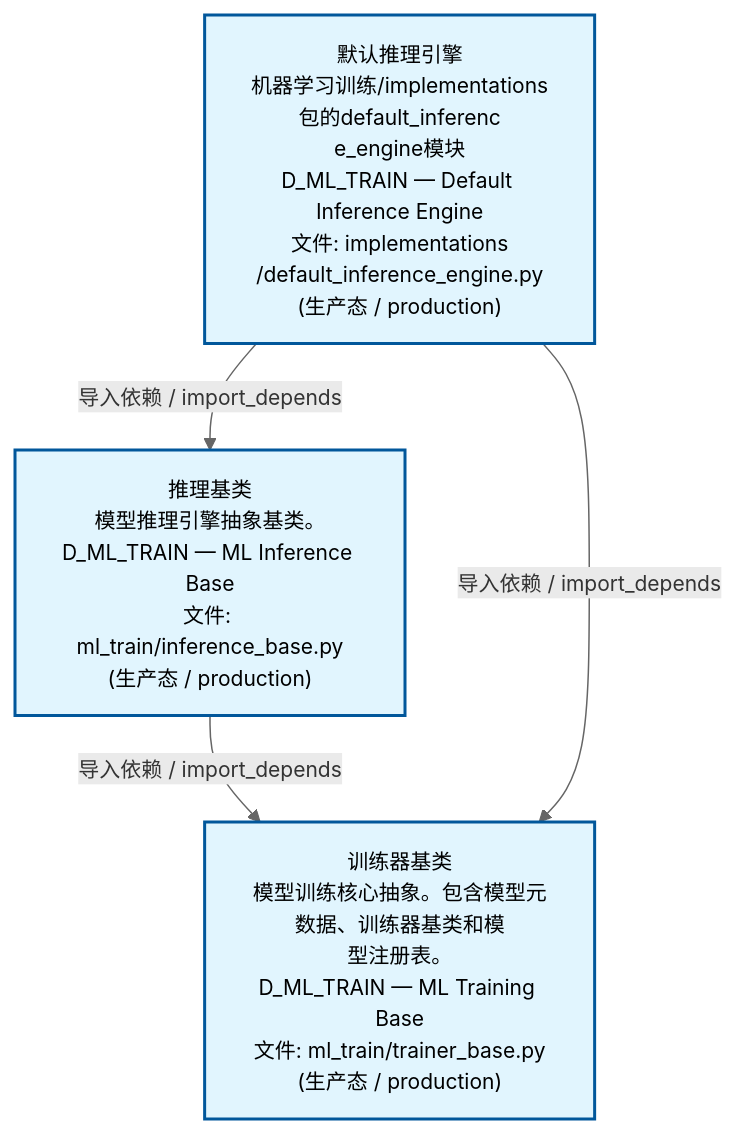
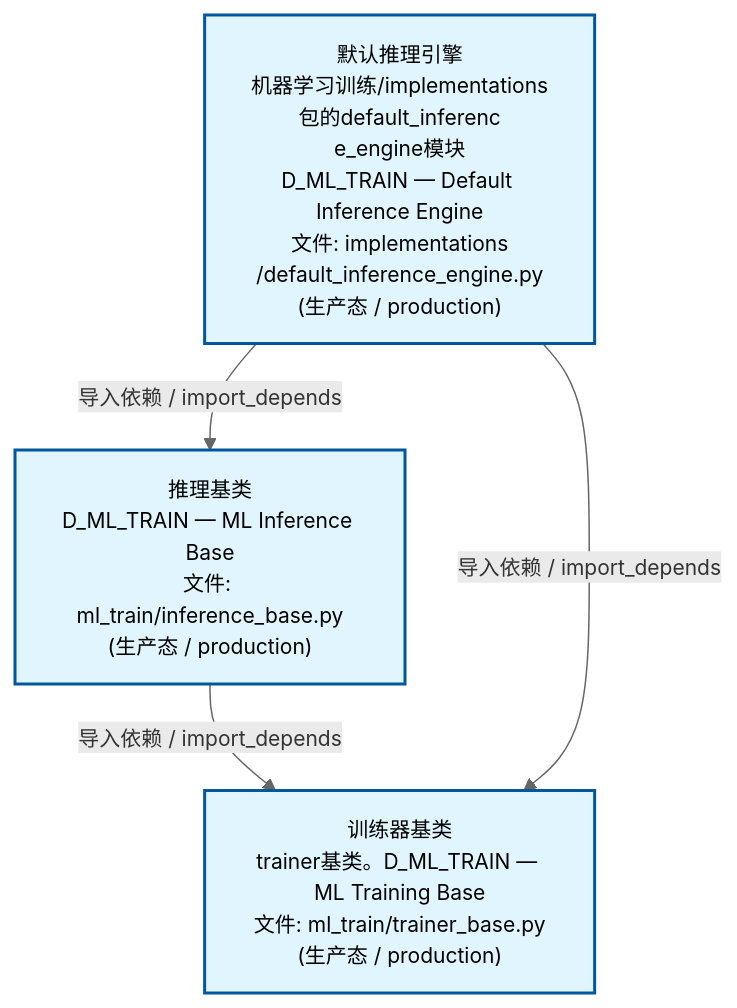
One commit to xuanFelixVan/ZephyrAlpha changed the second of 4 diagrams in docs/02_enterprise_architecture/02_domain_architecture_docs/61_d_ml_train.md. Above: the diagram before and after it, drawn with Mermaid. The commit also changed other lines of this file and 45 other files, not shown here.

````diff
--- a/docs/02_enterprise_architecture/02_domain_architecture_docs/61_d_ml_train.md
+++ b/docs/02_enterprise_architecture/02_domain_architecture_docs/61_d_ml_train.md
@@ -99,15 +99,15 @@
 ```mermaid
 %%{init: {'theme': 'base', 'themeVariables': {'primaryColor': '#eaeaea', 'primaryTextColor': '#333333', 'primaryBorderColor': '#666666', 'lineColor': '#666666', 'secondaryColor': '#eaeaea', 'tertiaryColor': '#eaeaea', 'fontSize': '14px'}}}%%
 flowchart TD
     src_zephyr_ml_train_implementations_default_inference_engine_py["默认推理引擎<br/>机器学习训练/implementations包的default_inferenc<br/>e_engine模块<br/>D_ML_TRAIN — Default Inference Engine<br/>文件: implementations<br/>/default_inference_engine.py<br/>(生产态 / production)"]
-    src_zephyr_ml_train_inference_base_py["推理基类<br/>模型推理引擎抽象基类。<br/>D_ML_TRAIN — ML Inference Base<br/>文件: ml_train/inference_base.py<br/>(生产态 / production)"]
-    src_zephyr_ml_train_trainer_base_py["训练器基类<br/>模型训练核心抽象。包含模型元数据、训练器基类和模<br/>型注册表。<br/>D_ML_TRAIN — ML Training Base<br/>文件: ml_train/trainer_base.py<br/>(生产态 / production)"]
+    src_zephyr_ml_train_inference_base_py["推理基类<br/>D_ML_TRAIN — ML Inference Base<br/>文件: ml_train/inference_base.py<br/>(生产态 / production)"]
+    src_zephyr_ml_train_trainer_base_py["训练器基类<br/>trainer基类。D_ML_TRAIN — ML Training Base<br/>文件: ml_train/trainer_base.py<br/>(生产态 / production)"]
     src_zephyr_ml_train_inference_base_py -->|导入依赖 / import_depends| src_zephyr_ml_train_trainer_base_py
     src_zephyr_ml_train_implementations_default_inference_engine_py -->|导入依赖 / import_depends| src_zephyr_ml_train_inference_base_py
     src_zephyr_ml_train_implementations_default_inference_engine_py -->|导入依赖 / import_depends| src_zephyr_ml_train_trainer_base_py
     classDef production fill:#e1f5fe,stroke:#01579b,stroke-width:2px,color:#000
     classDef design fill:#fff3e0,stroke:#e65100,stroke-width:2px,color:#000,stroke-dasharray: 5 5
     classDef external_prod fill:#e8f4fd,stroke:#0277bd,stroke-width:1px,color:#000
     classDef external_design fill:#fff8e7,stroke:#ef6c00,stroke-width:1px,color:#000,stroke-dasharray: 5 5
     class src_zephyr_ml_train_implementations_default_inference_engine_py,src_zephyr_ml_train_inference_base_py,src_zephyr_ml_train_trainer_base_py production
 ```
````
